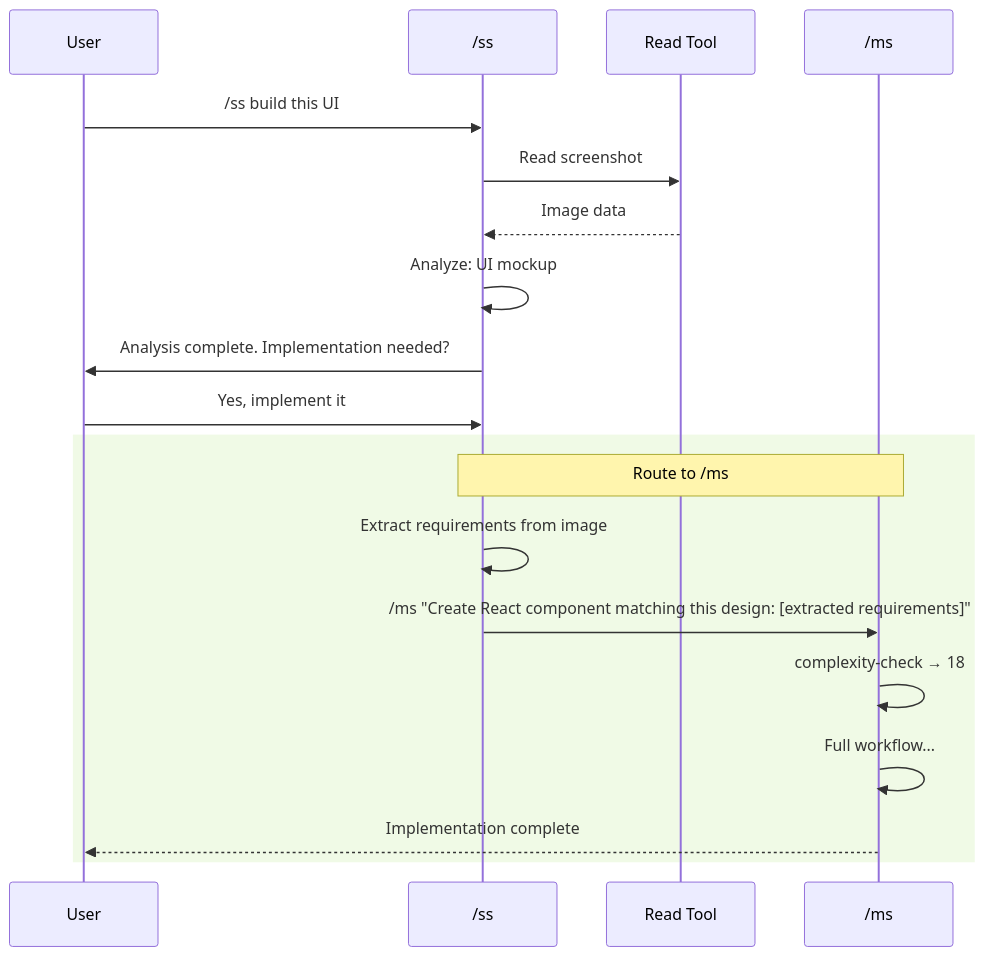
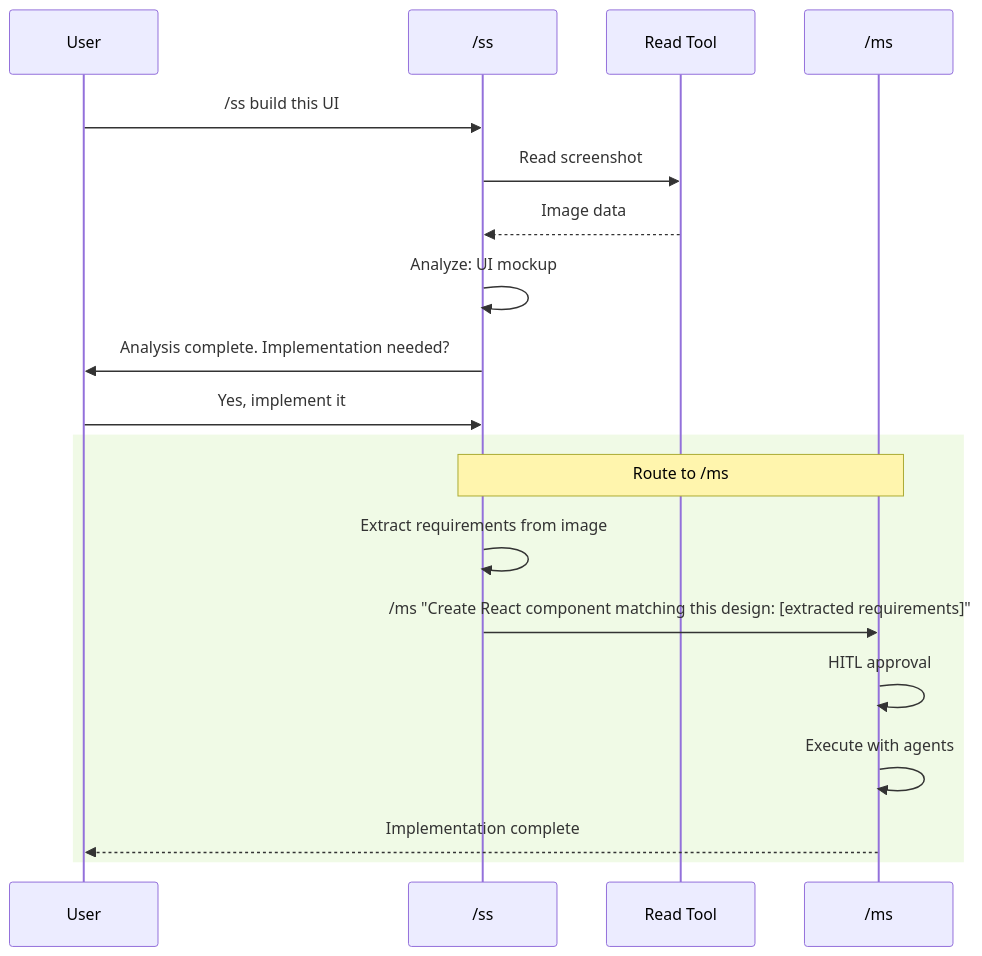
One commit to metasaver/metasaver-marketplace changed the fourth of 4 diagrams in docs/architecture/ss-command-target-state.md. Above: the diagram before and after it, drawn with Mermaid. The commit also changed 21 other files, not shown here.

````diff
--- a/docs/architecture/ss-command-target-state.md
+++ b/docs/architecture/ss-command-target-state.md
@@ -106,23 +106,23 @@
 ```mermaid
 sequenceDiagram
     participant U as User
     participant SS as /ss
     participant R as Read Tool
     participant MS as /ms
 
     U->>SS: /ss build this UI
     SS->>R: Read screenshot
     R-->>SS: Image data
     SS->>SS: Analyze: UI mockup
     SS->>U: Analysis complete. Implementation needed?
     U->>SS: Yes, implement it
 
     rect rgb(240, 250, 230)
         Note over SS,MS: Route to /ms
         SS->>SS: Extract requirements from image
         SS->>MS: /ms "Create React component matching this design: [extracted requirements]"
-        MS->>MS: complexity-check → 18
-        MS->>MS: Full workflow...
+        MS->>MS: HITL approval
+        MS->>MS: Execute with agents
         MS-->>U: Implementation complete
     end
 ```
````
